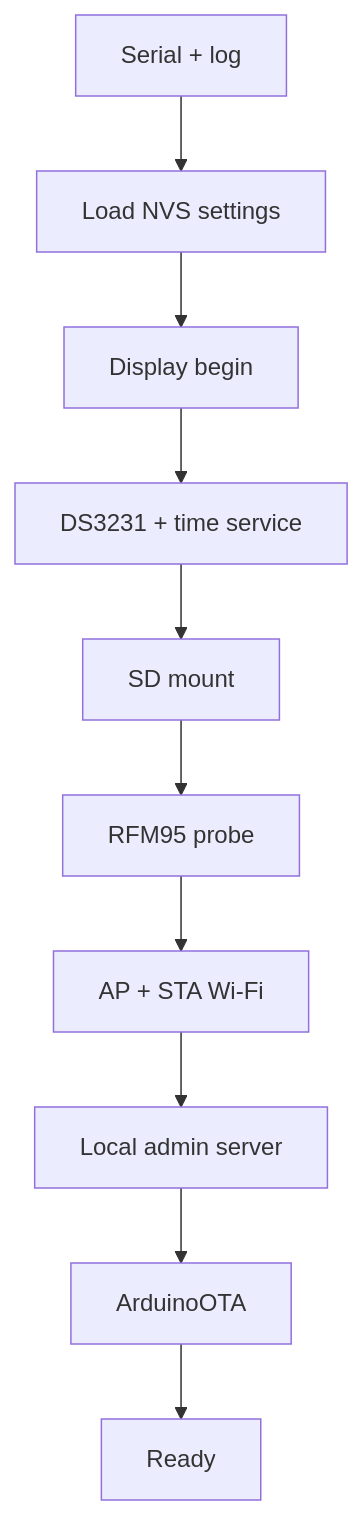
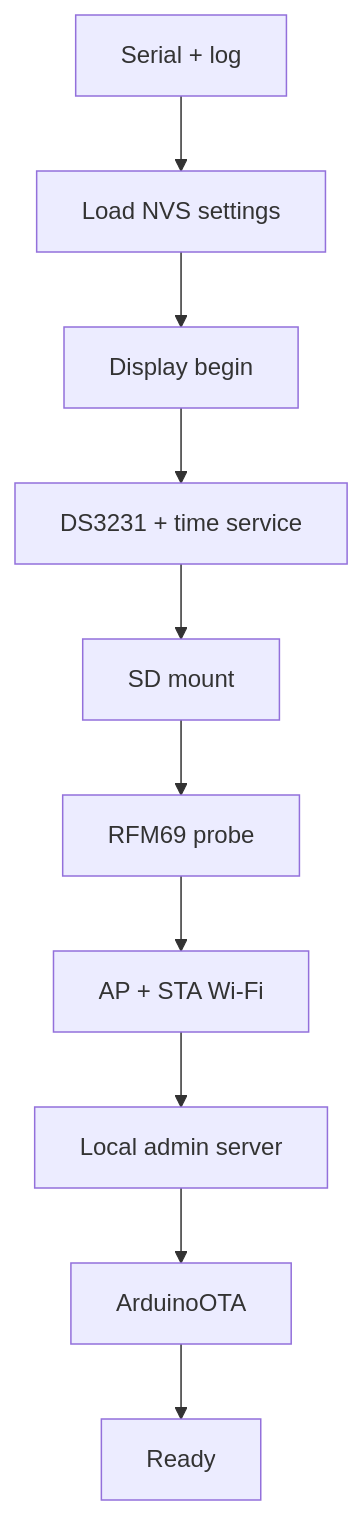
The diagram in docs/architecture/firmware.md (rsmoorthy/akashavani), drawn with Mermaid before and after one commit. The commit also changed other lines of this file and 128 other files, not shown here.

````diff
--- a/docs/architecture/firmware.md
+++ b/docs/architecture/firmware.md
@@ -18,12 +18,12 @@
 ```mermaid
 flowchart TD
   A[Serial + log] --> B[Load NVS settings]
   B --> C[Display begin]
   C --> D[DS3231 + time service]
   D --> E[SD mount]
-  E --> F[RFM95 probe]
+  E --> F[RFM69 probe]
   F --> G[AP + STA Wi-Fi]
   G --> H[Local admin server]
   H --> I[ArduinoOTA]
   I --> J[Ready]
 ```
````
